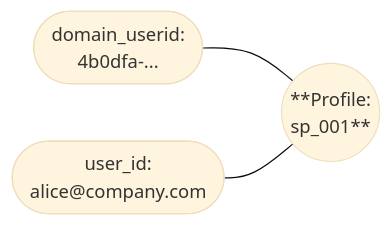
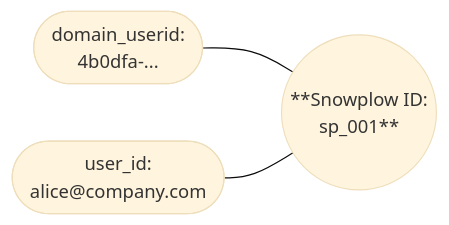
The first of 3 diagrams in docs/identities/concepts/merges/index.md (snowplow/documentation), drawn with Mermaid (base theme) before and after one commit. The commit also changed other lines of this file and 7 other files, not shown here.

````diff
--- a/docs/identities/concepts/merges/index.md
+++ b/docs/identities/concepts/merges/index.md
@@ -20,9 +20,9 @@
 ```mermaid
 graph LR
     A(["domain_userid:<br/>4b0dfa-..."])
     B(["user_id:<br/>alice@company.com"])
-    C(("**Profile:<br/> sp_001**"))
+    C(("**Snowplow ID:<br/> sp_001**"))
 
     A --- C
     B --- C
 ```
````
